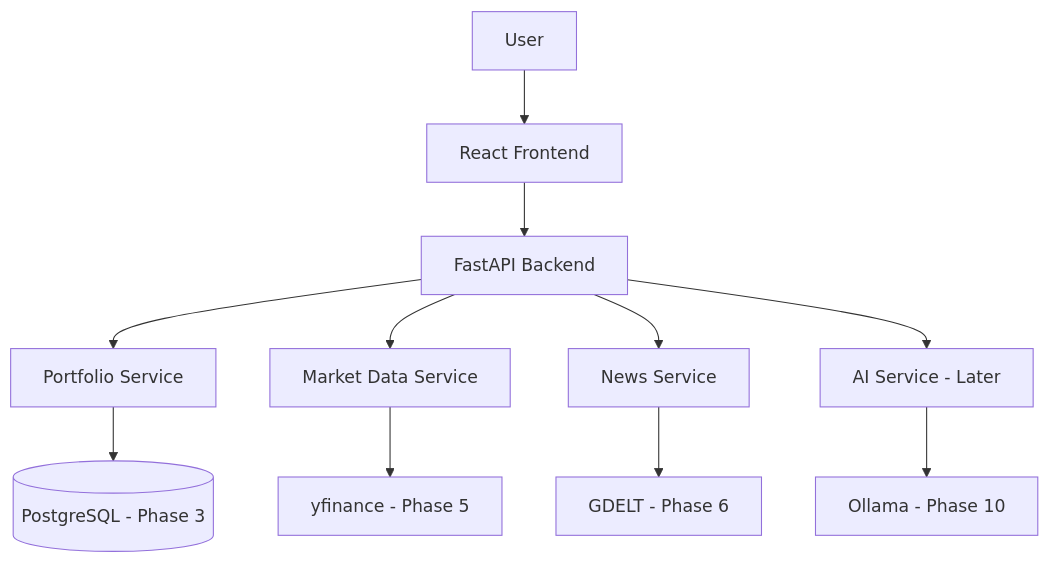
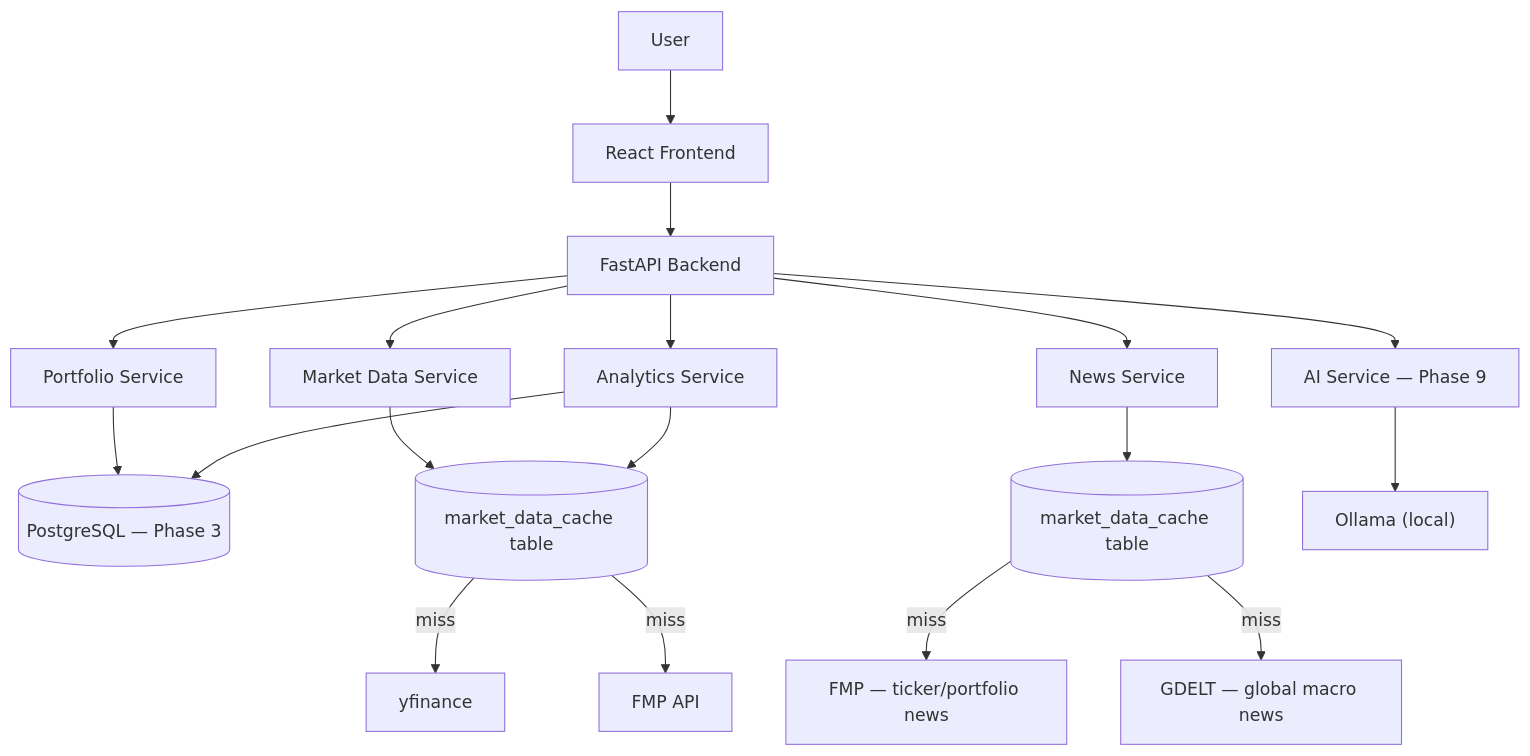
Before and after one commit to maxritter0714-sketch/assetflow-mini: the first of 3 diagrams in docs/architecture.md, drawn with Mermaid. The commit also changed other lines of this file and 12 other files, not shown here.

````diff
--- a/docs/architecture.md
+++ b/docs/architecture.md
@@ -64,15 +62,22 @@
 ```mermaid
 flowchart TD
     User["User"] --> Frontend["React Frontend"]
     Frontend --> API["FastAPI Backend"]
 
     API --> PortfolioService["Portfolio Service"]
     API --> MarketDataService["Market Data Service"]
     API --> NewsService["News Service"]
-    API --> AiService["AI Service - Later"]
+    API --> AnalyticsService["Analytics Service"]
+    API --> AiService["AI Service — Phase 9"]
 
-    PortfolioService --> DB[("PostgreSQL - Phase 3")]
-    MarketDataService --> YF["yfinance - Phase 5"]
-    NewsService --> GD["GDELT - Phase 6"]
-    AiService --> Ollama["Ollama - Phase 10"]
+    PortfolioService --> DB[("PostgreSQL — Phase 3")]
+    MarketDataService --> Cache[("market_data_cache table")]
+    Cache -->|miss| YF["yfinance"]
+    Cache -->|miss| FMP["FMP API"]
+    NewsService --> CacheN[("market_data_cache table")]
+    CacheN -->|miss| FMP2["FMP — ticker/portfolio news"]
+    CacheN -->|miss| GD["GDELT — global macro news"]
+    AnalyticsService --> DB
+    AnalyticsService --> Cache
+    AiService --> Ollama["Ollama (local)"]
 ```
````
